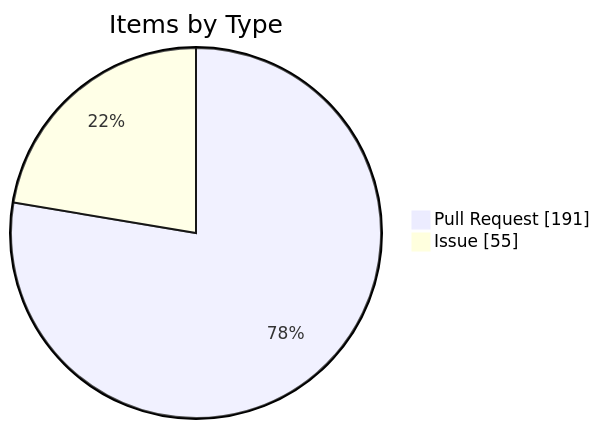
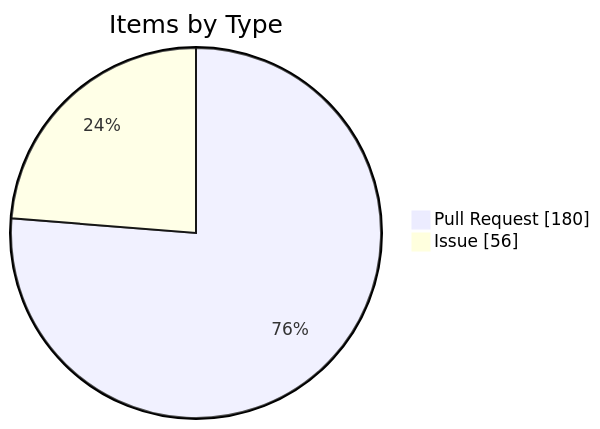
One commit to KBVE/kbve changed the fourth of 4 diagrams in apps/kbve/astro-kbve/src/content/docs/dashboard/kanban-data.mdx. Above: the diagram before and after it, drawn with Mermaid. The commit also changed other lines of this file and 7 other files, not shown here.

````diff
--- a/apps/kbve/astro-kbve/src/content/docs/dashboard/kanban-data.mdx
+++ b/apps/kbve/astro-kbve/src/content/docs/dashboard/kanban-data.mdx
@@ -116,6 +116,6 @@
 ```mermaid
 pie showData
     title Items by Type
-    "Pull Request" : 191
-    "Issue" : 55
+    "Pull Request" : 180
+    "Issue" : 56
 ```
````
